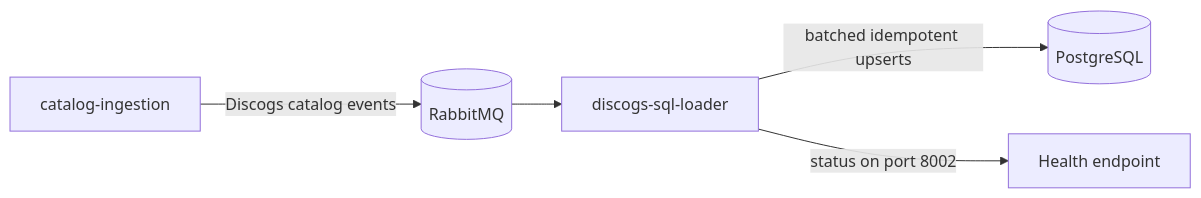
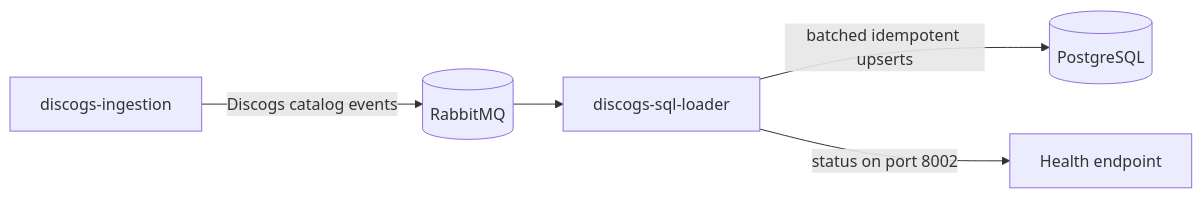
The diagram in README.md (groovemap-music/discogs-sql-loader), drawn with Mermaid before and after one commit. The commit also changed other lines of this file and 8 other files, not shown here.

````diff
--- a/README.md
+++ b/README.md
@@ -7,7 +7,7 @@
 ```mermaid
 flowchart LR
-    ingestion[catalog-ingestion] -->|Discogs catalog events| rabbit[(RabbitMQ)]
+    ingestion[discogs-ingestion] -->|Discogs catalog events| rabbit[(RabbitMQ)]
     rabbit --> loader[discogs-sql-loader]
     loader -->|batched idempotent upserts| postgres[(PostgreSQL)]
     loader -->|status on port 8002| health[Health endpoint]
 ```
````
